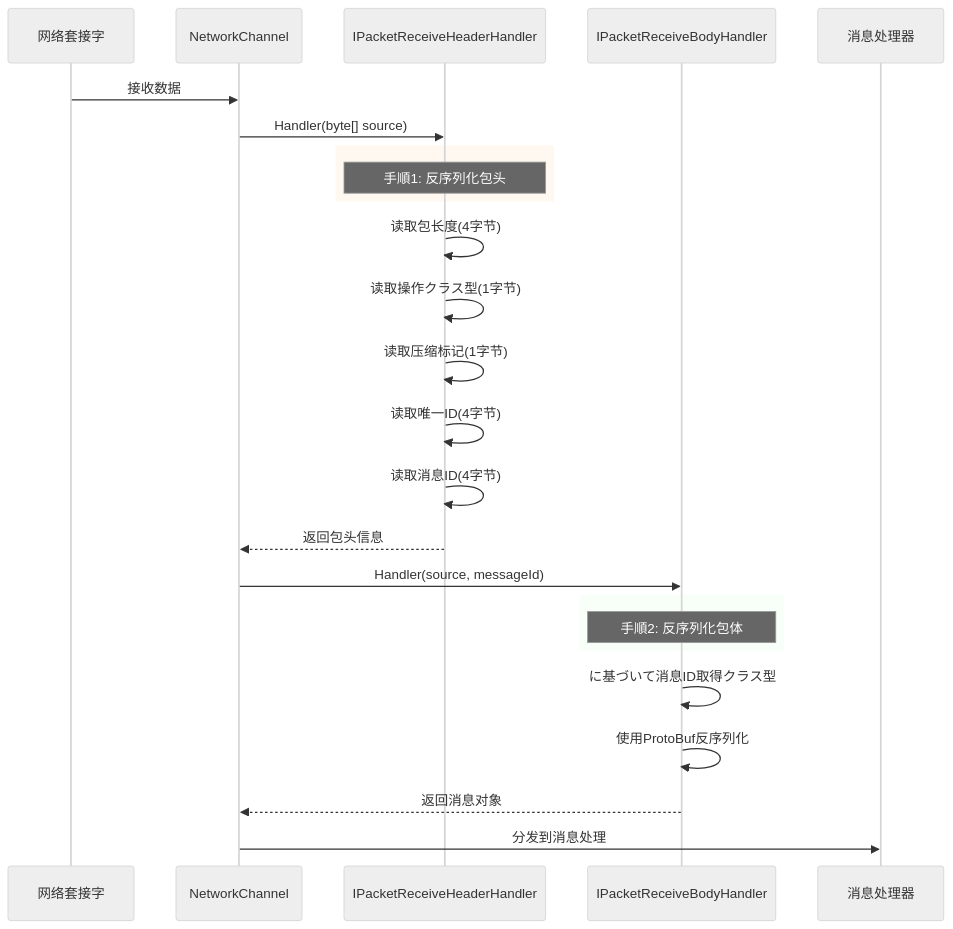
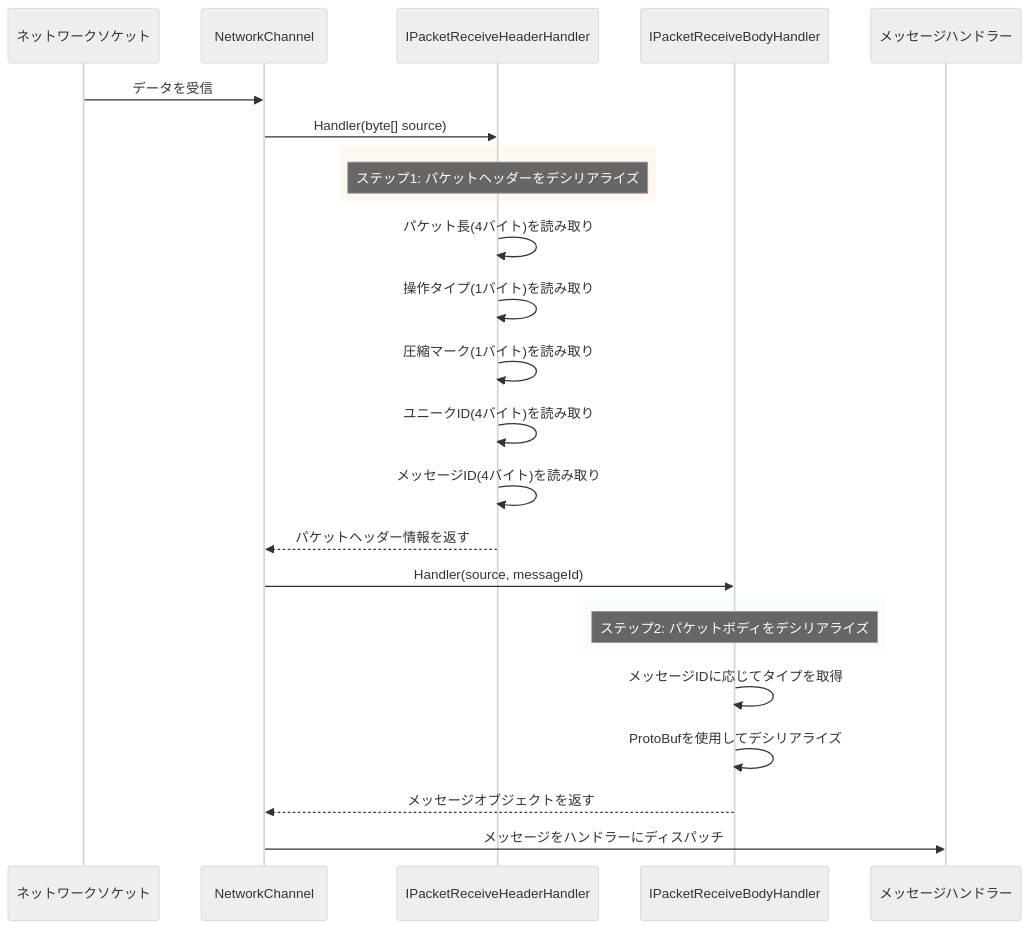
The third of 3 diagrams in docs/ja/client/unity/component/network/07.packet-handlers.md (AlianBlank/GameFrameX.Docs), drawn with Mermaid (neutral theme) before and after one commit. The commit also changed other lines of this file and 320 other files, not shown here.

````diff
--- a/docs/ja/client/unity/component/network/07.packet-handlers.md
+++ b/docs/ja/client/unity/component/network/07.packet-handlers.md
@@ -111,33 +111,33 @@
 ```mermaid
 sequenceDiagram
-    participant Socket as 网络套接字
+    participant Socket as ネットワークソケット
     participant Channel as NetworkChannel
     participant RecvHeader as IPacketReceiveHeaderHandler
     participant RecvBody as IPacketReceiveBodyHandler
-    participant Handler as 消息处理器
+    participant Handler as メッセージハンドラー
 
-    Socket->>Channel: 接收数据
+    Socket->>Channel: データを受信
     Channel->>RecvHeader: Handler(byte[] source)
     
     rect rgb(255, 248, 240)
-        Note over RecvHeader: 手順1: 反序列化包头
+        Note over RecvHeader: ステップ1: パケットヘッダーをデシリアライズ
     end
     
-    RecvHeader->>RecvHeader: 读取包长度(4字节)
-    RecvHeader->>RecvHeader: 读取操作クラス型(1字节)
-    RecvHeader->>RecvHeader: 读取压缩标记(1字节)
-    RecvHeader->>RecvHeader: 读取唯一ID(4字节)
-    RecvHeader->>RecvHeader: 读取消息ID(4字节)
-    RecvHeader-->>Channel: 返回包头信息
+    RecvHeader->>RecvHeader: パケット長(4バイト)を読み取り
+    RecvHeader->>RecvHeader: 操作タイプ(1バイト)を読み取り
+    RecvHeader->>RecvHeader: 圧縮マーク(1バイト)を読み取り
+    RecvHeader->>RecvHeader: ユニークID(4バイト)を読み取り
+    RecvHeader->>RecvHeader: メッセージID(4バイト)を読み取り
+    RecvHeader-->>Channel: パケットヘッダー情報を返す
     
     Channel->>RecvBody: Handler(source, messageId)
     
     rect rgb(248, 255, 248)
-        Note over RecvBody: 手順2: 反序列化包体
+        Note over RecvBody: ステップ2: パケットボディをデシリアライズ
     end
     
-    RecvBody->>RecvBody: に基づいて消息ID取得クラス型
-    RecvBody->>RecvBody: 使用ProtoBuf反序列化
-    RecvBody-->>Channel: 返回消息对象
-    Channel->>Handler: 分发到消息处理
+    RecvBody->>RecvBody: メッセージIDに応じてタイプを取得
+    RecvBody->>RecvBody: ProtoBufを使用してデシリアライズ
+    RecvBody-->>Channel: メッセージオブジェクトを返す
+    Channel->>Handler: メッセージをハンドラーにディスパッチ
 ```
````
